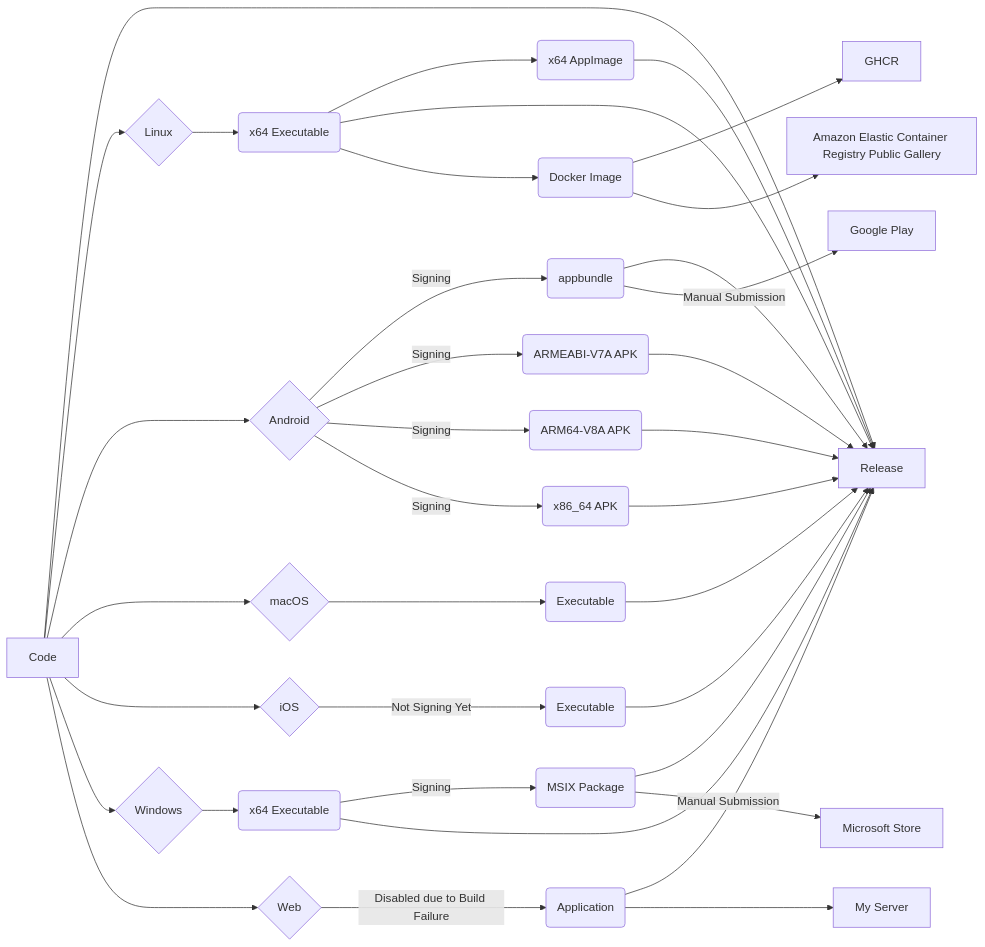
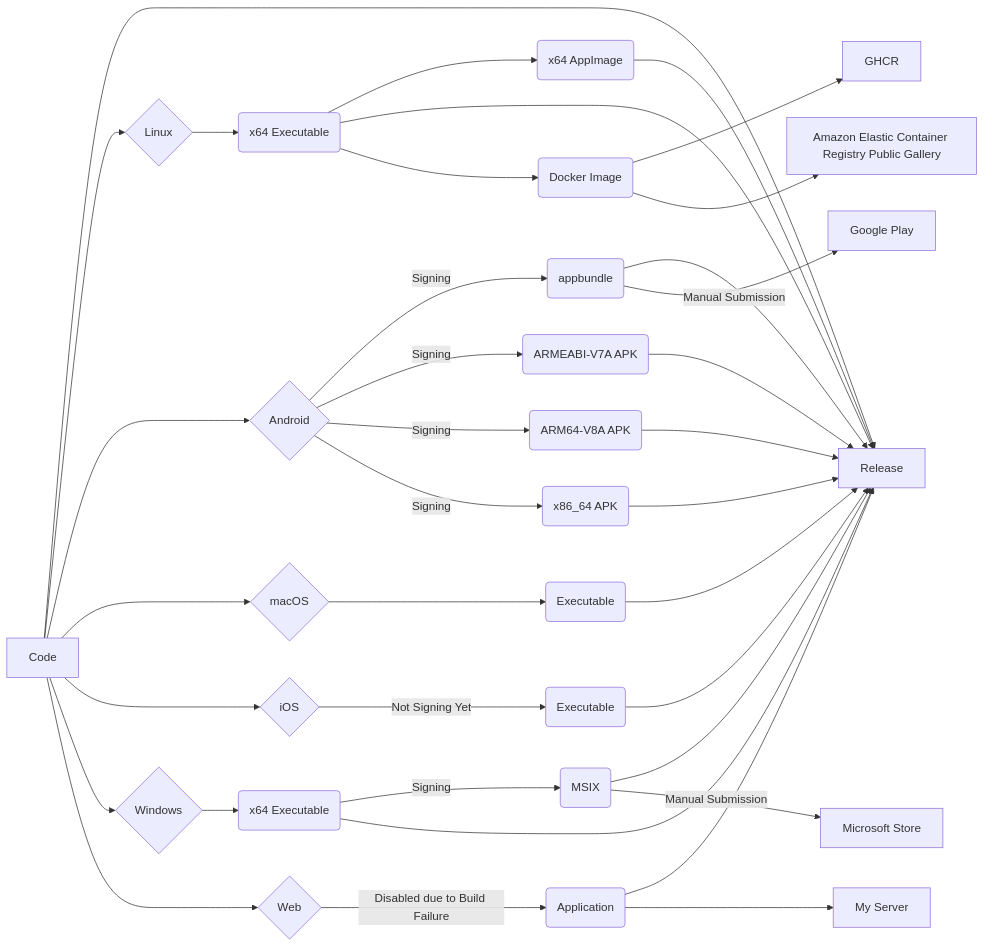
The diagram in README.md (bitscoper/bitscoper_cyberkit), drawn with Mermaid before and after one commit. The commit also changed other lines of this file and 3 other files, not shown here.

````diff
--- a/README.md
+++ b/README.md
@@ -51,45 +190,45 @@
 ```mermaid
 flowchart LR
 
 Code --> Release[Release]
 
 Code[Code] --> Linux{Linux}
 Linux --> Linux_x64_Executable(x64 Executable)
 Linux_x64_Executable --> Linux_x64_AppImage(x64 AppImage)
 Linux_x64_Executable --> Release[Release]
 Linux_x64_AppImage --> Release[Release]
 Linux_x64_Executable --> Linux_Docker_Image(Docker Image)
 Linux_Docker_Image --> GHCR[GHCR]
 Linux_Docker_Image --> Amazon_ECR_Public_Gallery[Amazon Elastic Container Registry Public Gallery]
 
 Code --> Android{Android}
 Android --> |Signing| Android_appbundle(appbundle)
 Android --> |Signing| Android_ARMEABI_V7A_APK(ARMEABI-V7A APK)
 Android --> |Signing| Android_ARM64_V8A_APK(ARM64-V8A APK)
 Android --> |Signing| Android_x86_64_APK(x86_64 APK)
 Android_appbundle --> Release[Release]
 Android_x86_64_APK --> Release[Release]
 Android_ARM64_V8A_APK --> Release[Release]
 Android_ARMEABI_V7A_APK --> Release[Release]
 Android_appbundle --> |Manual Submission| Google_Play[Google Play]
 
 Code --> macOS{macOS}
 macOS --> macOS_Executable(Executable)
 macOS_Executable --> Release[Release]
 
 Code --> iOS{iOS}
 iOS --> |Not Signing Yet| iOS_Executable(Executable)
 iOS_Executable --> Release[Release]
 
 Code --> Windows{Windows}
 Windows --> Windows_x64_Executable(x64 Executable)
-Windows_x64_Executable --> |Signing| Windows_x64_MSIX_Package(MSIX Package)
+Windows_x64_Executable --> |Signing| Windows_MSIX(MSIX)
 Windows_x64_Executable --> Release[Release]
-Windows_x64_MSIX_Package --> Release[Release]
-Windows_x64_MSIX_Package --> |Manual Submission| Microsoft_Store[Microsoft Store]
+Windows_MSIX --> Release[Release]
+Windows_MSIX --> |Manual Submission| Microsoft_Store[Microsoft Store]
 
 Code --> Web{Web}
 Web --> |Disabled due to Build Failure| Web_Application(Application)
 Web_Application --> Release[Release]
 Web_Application --> My_Server[My Server]
 ```
````
